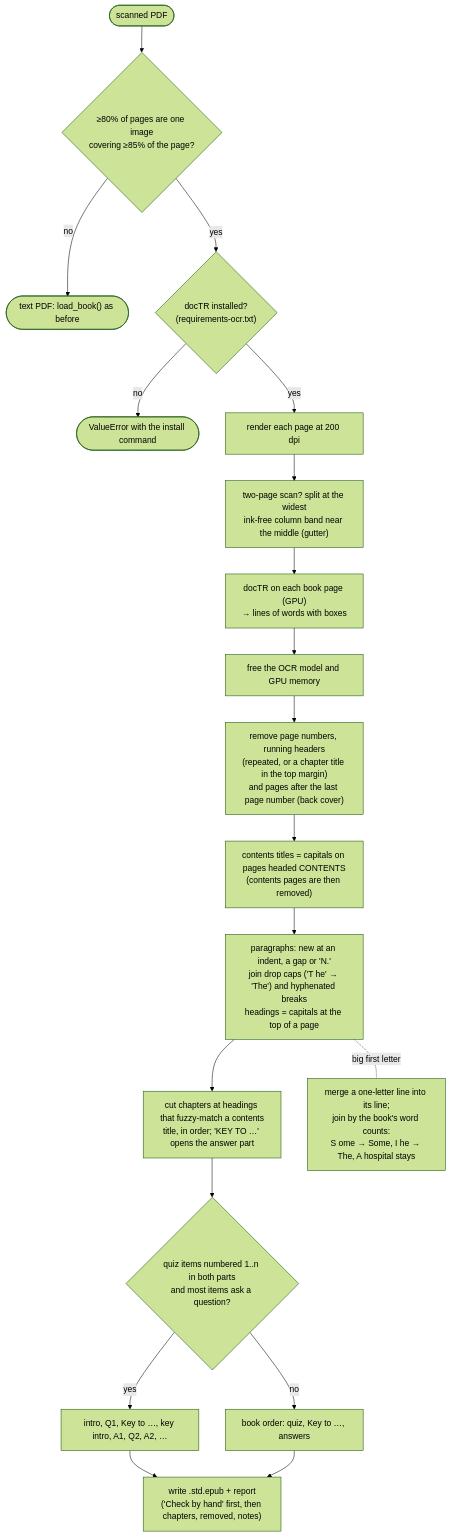
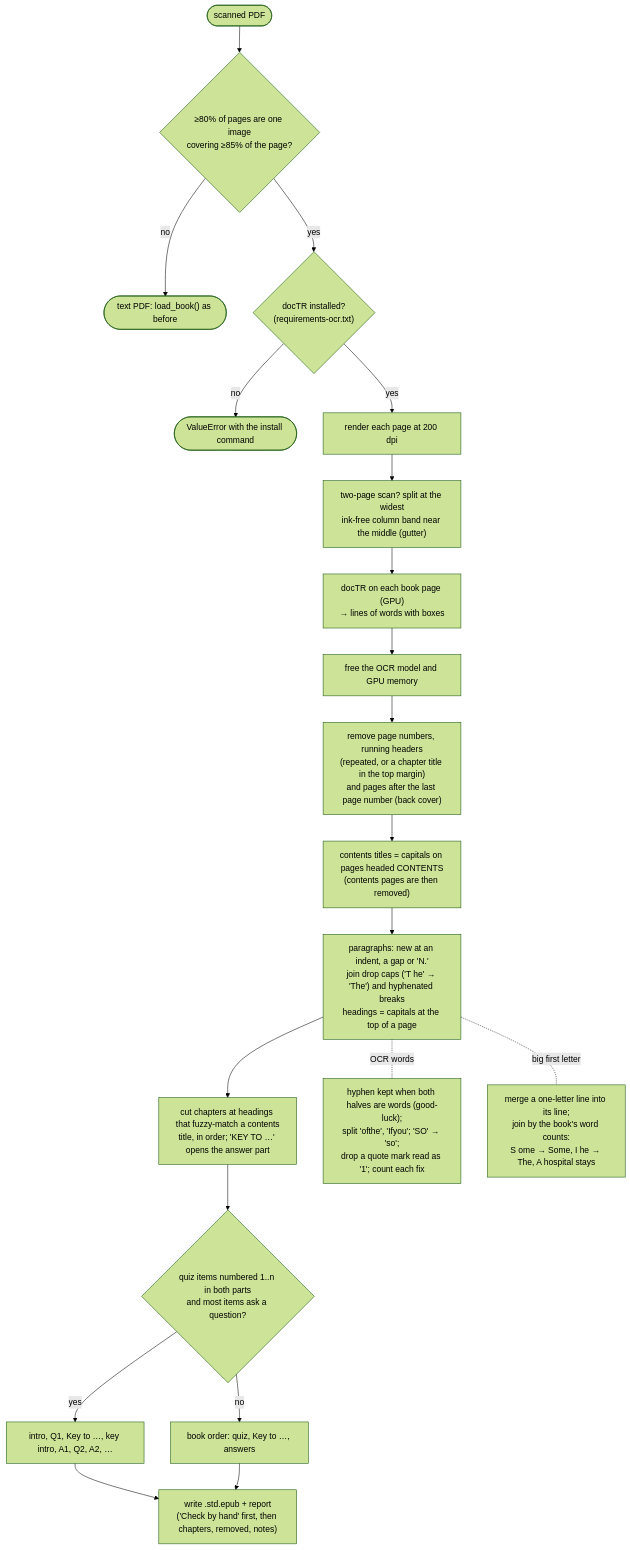
One commit to Fgkl10/ebook-convert-to-audio changed the second of 7 diagrams in desktop/docs/workflow.md. Above: the diagram before and after it, drawn with Mermaid (forest theme). The commit also changed 6 other files, not shown here.

````diff
--- a/desktop/docs/workflow.md
+++ b/desktop/docs/workflow.md
@@ -44,21 +44,22 @@
 ```mermaid
 flowchart TD
     S([scanned PDF]) --> D{"≥80% of pages are one image<br/>covering ≥85% of the page?"}
     D -- no --> T(["text PDF: load_book() as before"])
     D -- yes --> E{"docTR installed?<br/>(requirements-ocr.txt)"}
     E -- no --> ERR(["ValueError with the install command"])
     E -- yes --> R["render each page at 200 dpi"]
     R --> G["two-page scan? split at the widest<br/>ink-free column band near the middle (gutter)"]
     G --> O["docTR on each book page (GPU)<br/>→ lines of words with boxes"]
     O --> FREE["free the OCR model and GPU memory"]
     FREE --> M["remove page numbers, running headers<br/>(repeated, or a chapter title in the top margin)<br/>and pages after the last page number (back cover)"]
     M --> C["contents titles = capitals on pages headed CONTENTS<br/>(contents pages are then removed)"]
     C --> P["paragraphs: new at an indent, a gap or 'N.'<br/>join drop caps ('T he' → 'The') and hyphenated breaks<br/>headings = capitals at the top of a page"]
     P --> H["cut chapters at headings that fuzzy-match a contents<br/>title, in order; 'KEY TO …' opens the answer part"]
+    P -. "OCR words" .- FX["hyphen kept when both halves are words (good-luck);<br/>split 'ofthe', 'Ifyou'; 'SO' → 'so';<br/>drop a quote mark read as '1'; count each fix"]
     P -. "big first letter" .- DC["merge a one-letter line into its line;<br/>join by the book's word counts:<br/>S ome → Some, I he → The, A hospital stays"]
     H --> Q{"quiz items numbered 1..n in both parts<br/>and most items ask a question?"}
     Q -- yes --> I["intro, Q1, Key to …, key intro, A1, Q2, A2, …"]
     Q -- no --> BO["book order: quiz, Key to …, answers"]
     I --> W
     BO --> W["write .std.epub + report<br/>('Check by hand' first, then chapters, removed, notes)"]
 ```
````
